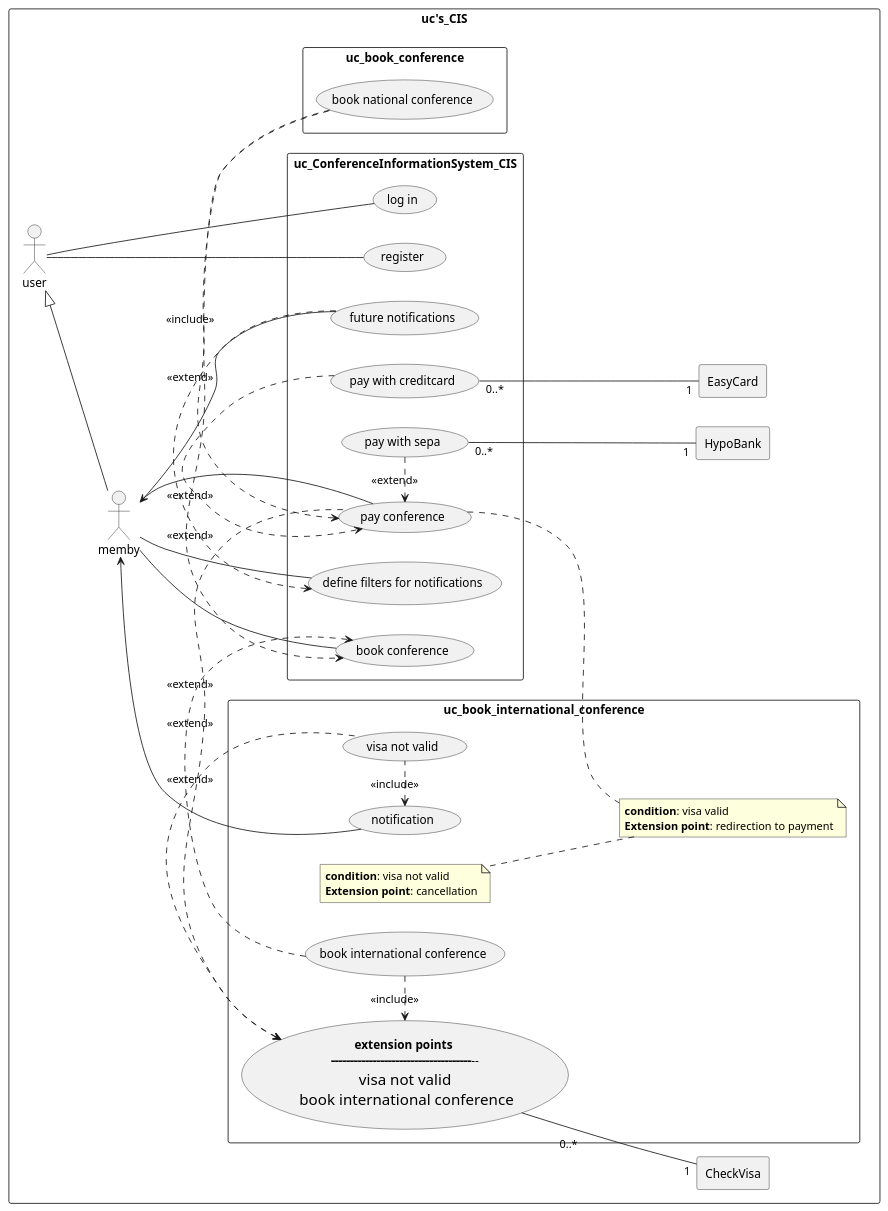
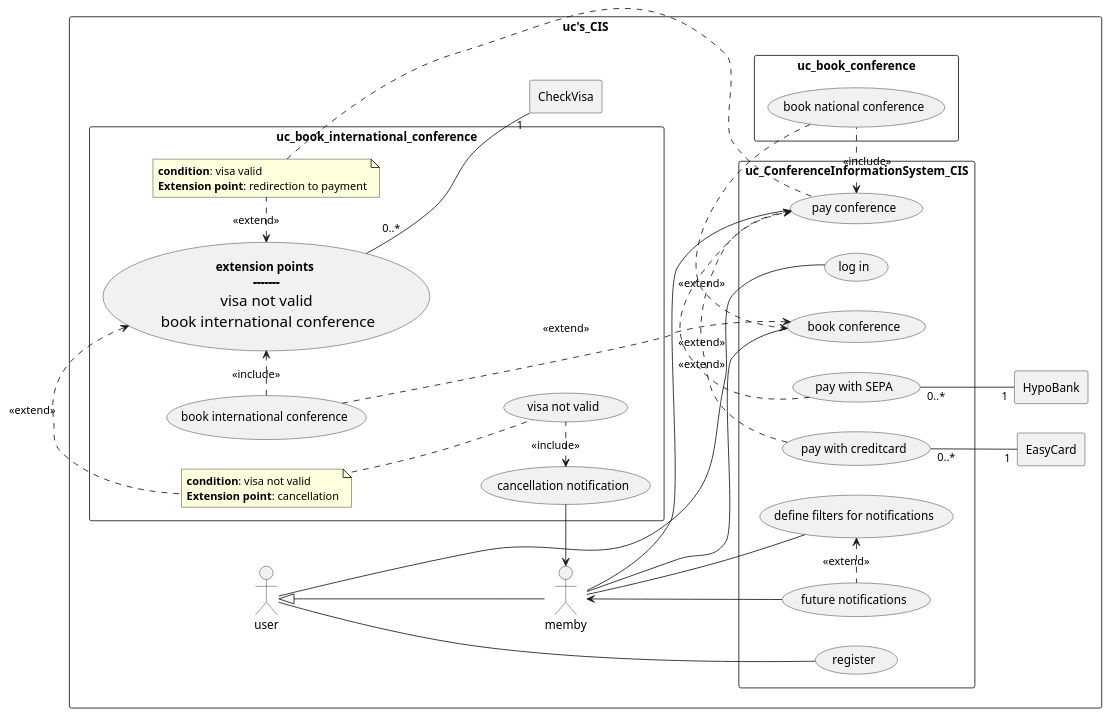
Before and after one commit to 1nbetw33n/Parkhaus_new: the diagram in src/main/exercise4/use_cases_CIS.puml, drawn with PlantUML. The commit also changed other lines of this file, not shown here.

Commit message:
Refactored code and implented identifier ("(blablablas) as (bla))". Added correct extension points.

```diff
--- a/src/main/exercise4/use_cases_CIS.puml
+++ b/src/main/exercise4/use_cases_CIS.puml
@@ -1,67 +1,66 @@
 @startuml
 
 left to right direction
 skinparam packageStyle rectangle
 
 package uc's_CIS {
-    agent EasyCard
-    agent HypoBank
-    agent CheckVisa
+    agent EasyCard as EC
+    agent HypoBank as HB
+    agent CheckVisa as CV
     actor user
     actor memby
     user <|-- memby
 
     rectangle uc_ConferenceInformationSystem_CIS {
-      user -- (register)
-      user -- (log in)
-      memby -- (book conference)
-      memby -- (pay conference)
-      memby -- (define filters for notifications)
-      (define filters for notifications) <. (future notifications) : <<extend>>
-      (pay with creditcard) "0..*" -- "1" EasyCard
-      (pay with sepa) "0..*" -- "1" (HypoBank)
-      (pay with creditcard) .> (pay conference) : <<extend>>
-      (pay with sepa) .> (pay conference) : <<extend>>
-      (future notifications) -> memby
+        (define filters for notifications) as (filters)
+        (future notifications) as (funo)
+        (pay with creditcard) as (payCC)
+        (pay with SEPA) as (payS)
+        (pay conference) as (pc)
+        (book conference) as (bc)
+
+        user -- (register)
+        user -- (log in)
+        memby -- (bc)
+        memby -- (pc)
+        memby -- (filters)
+        (filters) <. (funo) : <<extend>>
+        (payCC) "0..*" -- "1" EC
+        (payS) "0..*" -- "1" HB
+        (payCC) .> (pc) : <<extend>>
+        (payS) .> (pc) : <<extend>>
+        (funo) -> memby
     }
-
-
 
 
     left to right direction
     skinparam packageStyle rectangle
     rectangle uc_book_conference {
-    (book national conference)  .> (book conference) : <<extend>>
-    (pay conference) <. (book national conference) : <<include>>
+        (book national conference) as (bnc)
+        (bnc)  .> (bc) : <<extend>>
+        (pc) <. (bnc) : <<include>>
     }
-
 
 
     left to right direction
     skinparam packageStyle rectangle
     rectangle uc_book_international_conference {
-
-    (notification) -> memby
-    (**extension points** \n ------------------------------------------------------------------------------------------------------------------------------------------------------------------------------------------- \n <size:18>visa not valid</size> \n <size:18>book international conference</size>) "0..*" -- "1" CheckVisa
-
-    (notification) <. (visa not valid) : <<include>>
-
-    (book international conference) .> (book conference) : <<extend>>
-
-    (book international conference) .> (**extension points** \n ------------------------------------------------------------------------------------------------------------------------------------------------------------------------------------------- \n <size:18>visa not valid</size> \n <size:18>book international conference</size>) : <<include>>
-
-    (**extension points** \n ------------------------------------------------------------------------------------------------------------------------------------------------------------------------------------------- \n <size:18>visa not valid</size> \n <size:18>book international conference</size>) <. (pay conference) : <<extend>>
-    note right of (pay conference)
-    **condition**: visa valid
-    **Extension point**: redirection to payment
-    end note
-
-    (**extension points** \n ------------------------------------------------------------------------------------------------------------------------------------------------------------------------------------------- \n <size:18>visa not valid</size> \n <size:18>book international conference</size>) <. (visa not valid) : <<extend>>
-    note left
-    **condition**: visa not valid
-    **Extension point**: cancellation
-    end note
+        (cancellation notification) as (cn)
+        (book international conference) as (bic)
+        (visa not valid) as (vnv)
+        (**extension points** \n ----------------------------------- \n <size:18>visa not valid</size> \n <size:18>book international conference</size>) as (ep_bic)
+        note "**condition**: visa not valid \n**Extension point**: cancellation" as n1
+        note "**condition**: visa valid \n**Extension point**: redirection to payment" as n2
+        (cn) -> memby
+        (ep_bic) "0..*" -- "1" CV
+        (cn) <. (vnv) : <<include>>
+        (bic) .> (bc) : <<extend>>
+        (bic) .> (ep_bic) : <<include>>
+        (ep_bic) <. n1 : <<extend>>
+        n1 .. (vnv)
+        (ep_bic) <. n2 : <<extend>>
+        n2 .. (pc)
     }
 }
 
 @enduml
```
